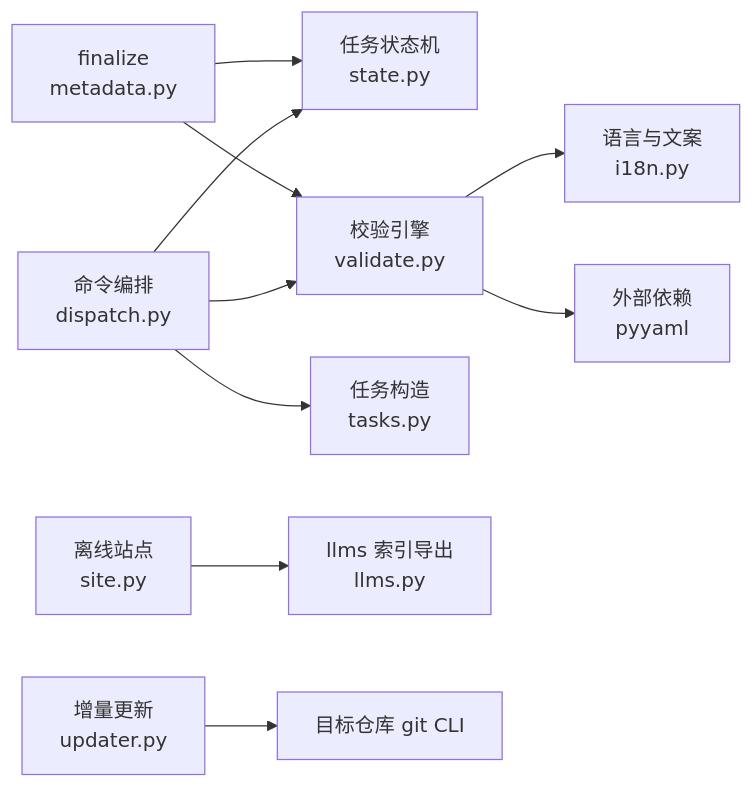
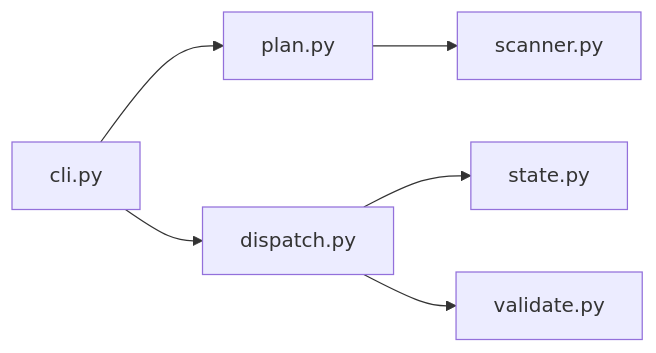
Before and after one commit to luomsis/repowiki: the second of 2 diagrams in .repowiki/zh/content/项目概述/项目定位与核心概念.md, drawn with Mermaid. The commit also changed other lines of this file and 100 other files, not shown here.

````diff
--- a/.repowiki/zh/content/项目概述/项目定位与核心概念.md
+++ b/.repowiki/zh/content/项目概述/项目定位与核心概念.md
@@ -192,12 +118,8 @@
 ```mermaid
 graph LR
-DISPATCH["命令编排<br/>dispatch.py"] --> STATE["任务状态机<br/>state.py"]
-DISPATCH --> VALIDATE["校验引擎<br/>validate.py"]
-DISPATCH --> TASKS["任务构造<br/>tasks.py"]
-VALIDATE --> I18N["语言与文案<br/>i18n.py"]
-META["finalize<br/>metadata.py"] --> STATE
-META --> VALIDATE
-SITE["离线站点<br/>site.py"] --> LLMS["llms 索引导出<br/>llms.py"]
-VALIDATE --> YAML["外部依赖<br/>pyyaml"]
-UPD["增量更新<br/>updater.py"] --> GIT["目标仓库 git CLI"]
+A["cli.py"] --> B["plan.py"]
+A --> C["dispatch.py"]
+B --> D["scanner.py"]
+C --> E["state.py"]
+C --> F["validate.py"]
 ```
````
